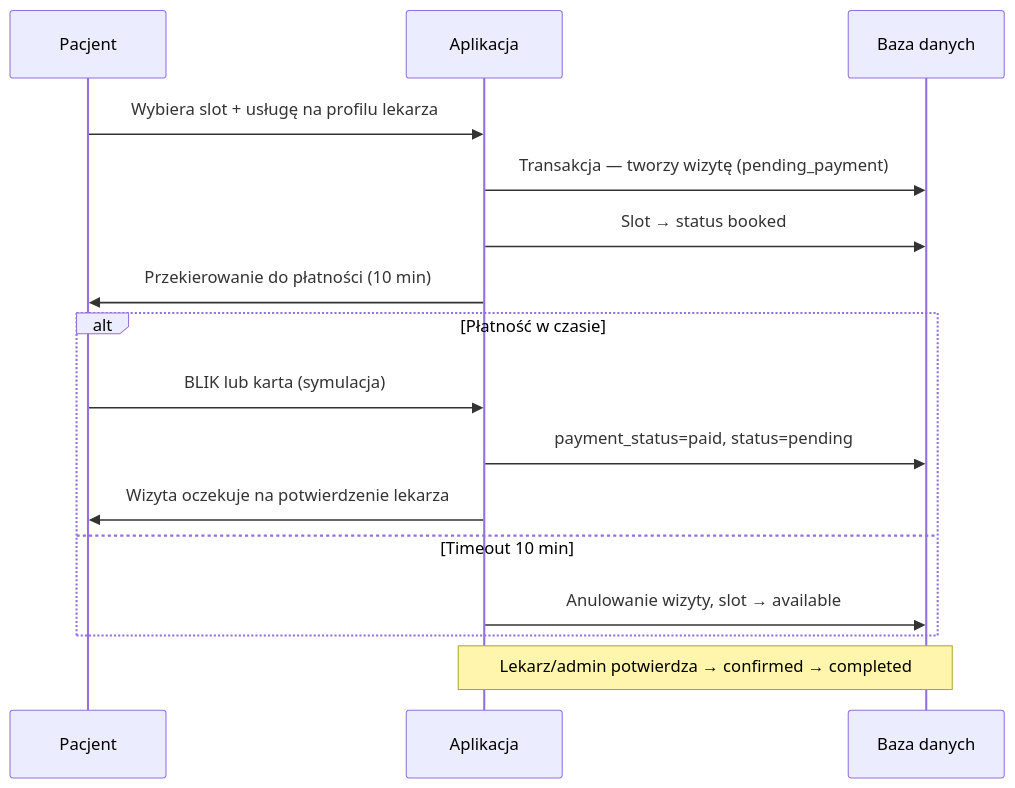
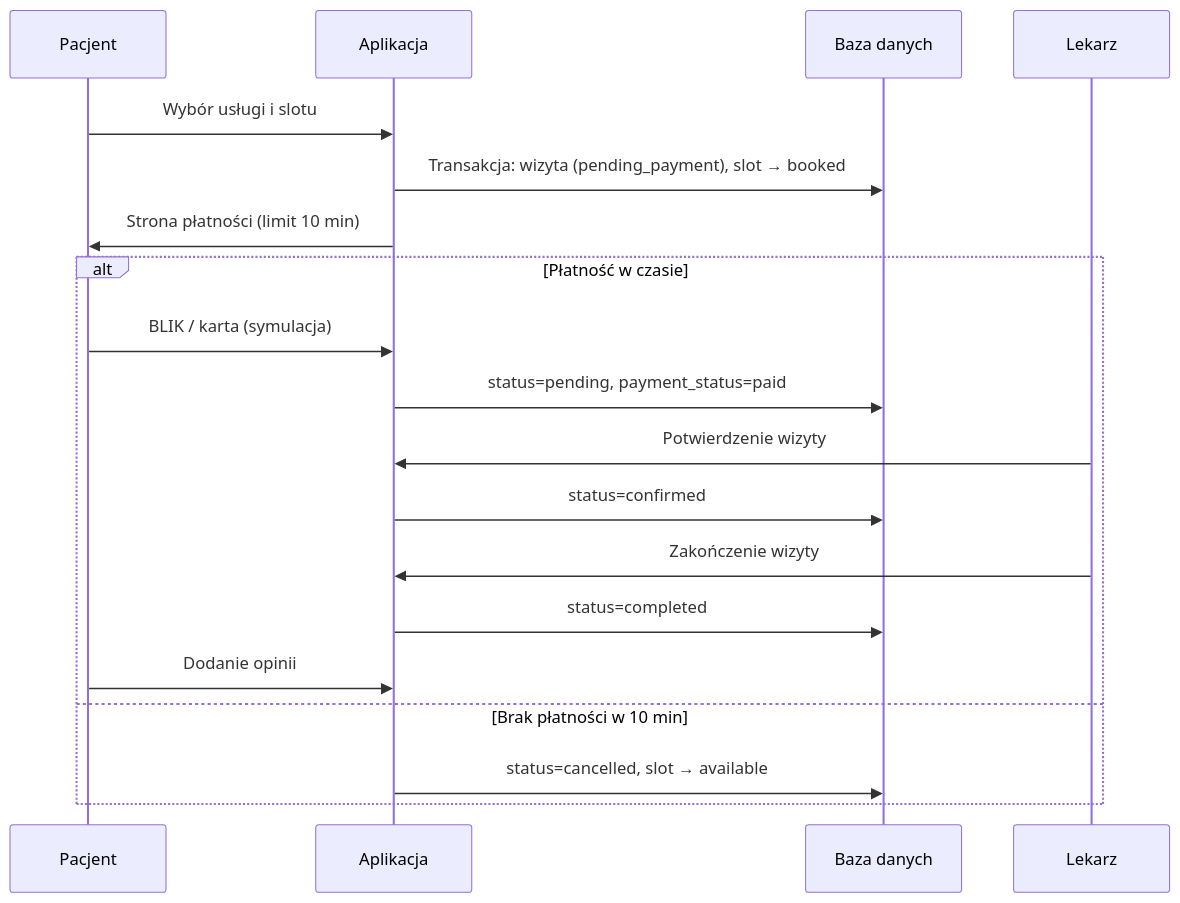
One commit to igorstyczen/Aplikacja-System-Rezerwacji-Wizyt-Lekarskich-web changed the diagram in docs/DOKUMENTACJA.md. Above: the diagram before and after it, drawn with Mermaid. The commit also changed other lines of this file and 13 other files, not shown here.

````diff
--- a/docs/DOKUMENTACJA.md
+++ b/docs/DOKUMENTACJA.md
@@ -164,21 +493,23 @@
 ```mermaid
 sequenceDiagram
     participant P as Pacjent
     participant A as Aplikacja
     participant DB as Baza danych
+    participant L as Lekarz
 
-    P->>A: Wybiera slot + usługę na profilu lekarza
-    A->>DB: Transakcja — tworzy wizytę (pending_payment)
-    A->>DB: Slot → status booked
-    A->>P: Przekierowanie do płatności (10 min)
+    P->>A: Wybór usługi i slotu
+    A->>DB: Transakcja: wizyta (pending_payment), slot → booked
+    A->>P: Strona płatności (limit 10 min)
 
     alt Płatność w czasie
-        P->>A: BLIK lub karta (symulacja)
-        A->>DB: payment_status=paid, status=pending
-        A->>P: Wizyta oczekuje na potwierdzenie lekarza
-    else Timeout 10 min
-        A->>DB: Anulowanie wizyty, slot → available
+        P->>A: BLIK / karta (symulacja)
+        A->>DB: status=pending, payment_status=paid
+        L->>A: Potwierdzenie wizyty
+        A->>DB: status=confirmed
+        L->>A: Zakończenie wizyty
+        A->>DB: status=completed
+        P->>A: Dodanie opinii
+    else Brak płatności w 10 min
+        A->>DB: status=cancelled, slot → available
     end
-
-    Note over A,DB: Lekarz/admin potwierdza → confirmed → completed
 ```
````
